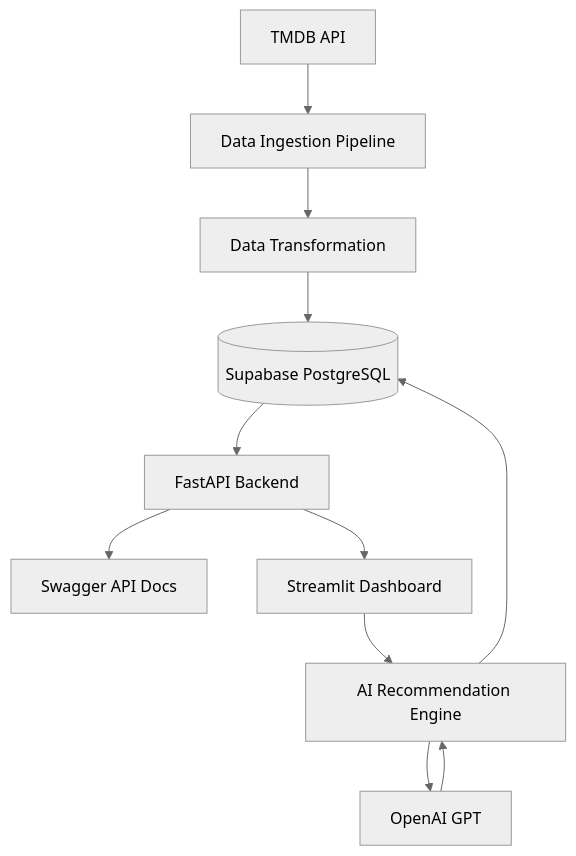
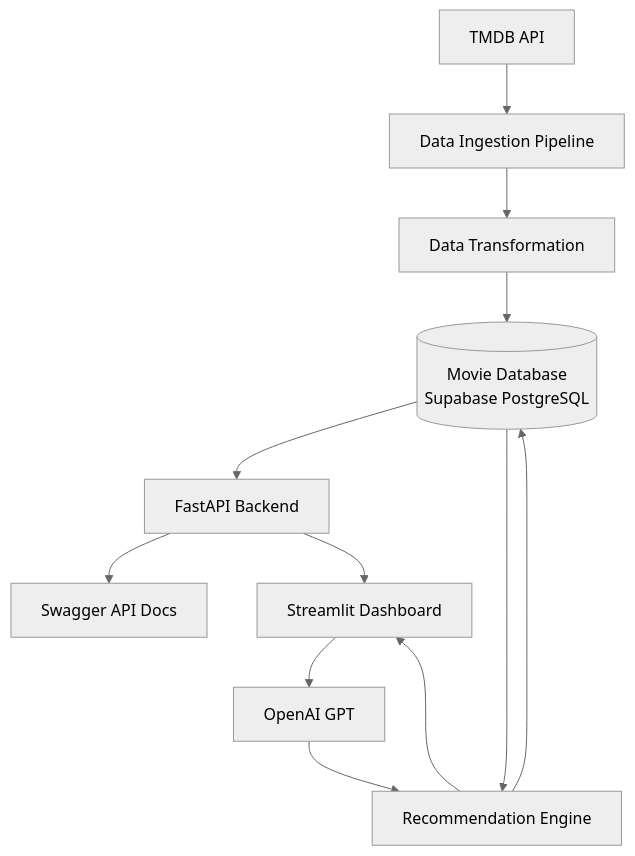
The diagram in README.md (ErikBobko/movie_project_fast_api), drawn with Mermaid (neutral theme) before and after one commit.

Commit message:
docs: add architecture section

````diff
--- a/README.md
+++ b/README.md
@@ -129,36 +129,31 @@
 ```mermaid
 flowchart TD
 
 A[TMDB API]
-
 B[Data Ingestion Pipeline]
-
 C[Data Transformation]
-
-D[(Supabase PostgreSQL)]
+D[(Movie Database<br/>Supabase PostgreSQL)]
 
 E[FastAPI Backend]
 
 F[Swagger API Docs]
-
 G[Streamlit Dashboard]
 
-H[AI Recommendation Engine]
-
-I[OpenAI GPT]
+H[OpenAI GPT]
+I[Recommendation Engine]
 
 A --> B
 B --> C
 C --> D
 
 D --> E
 
 E --> F
 E --> G
 
 G --> H
 H --> I
-I --> H
-
-H --> D
+I --> D
+D --> I
+I --> G
 ```
````
